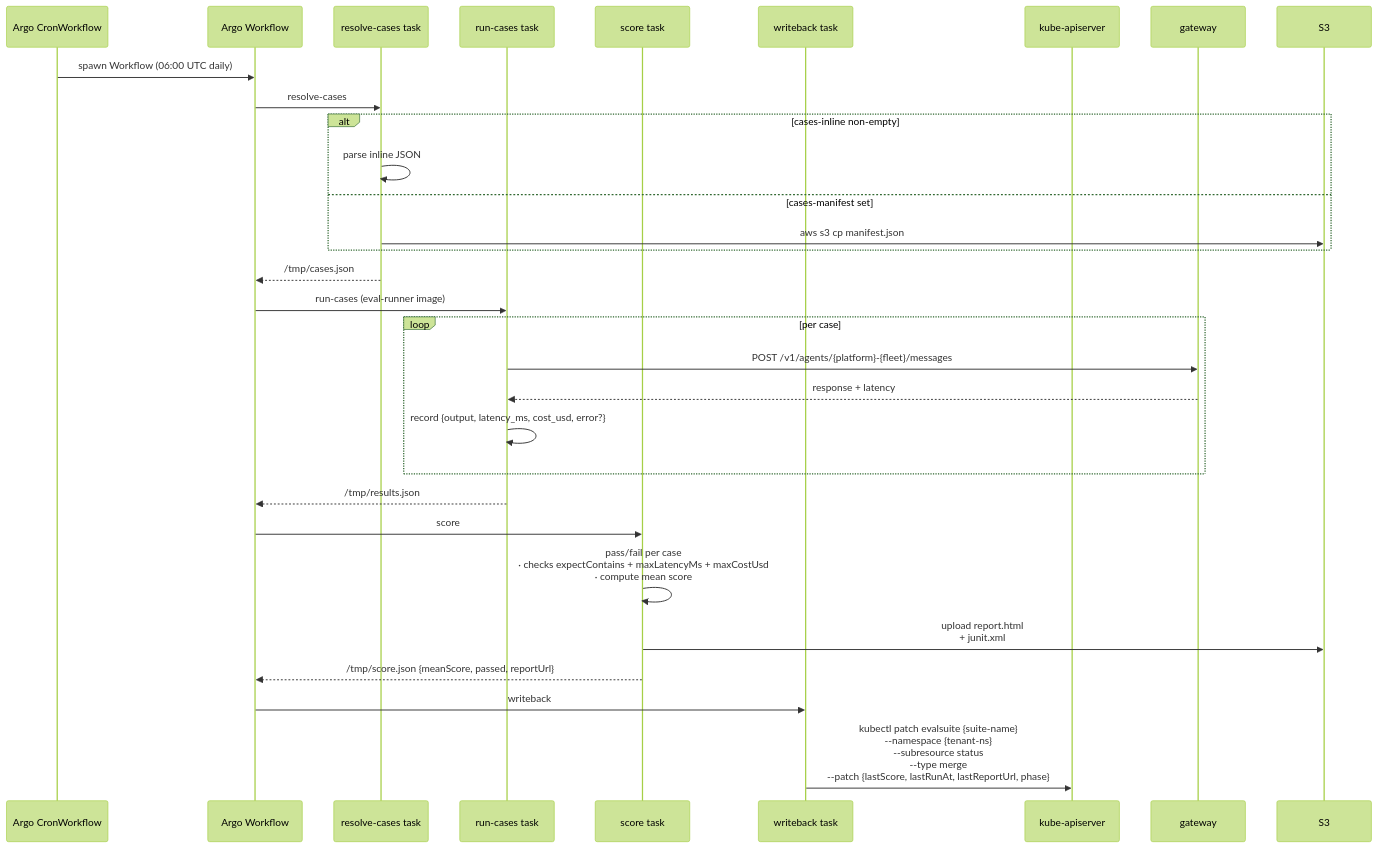
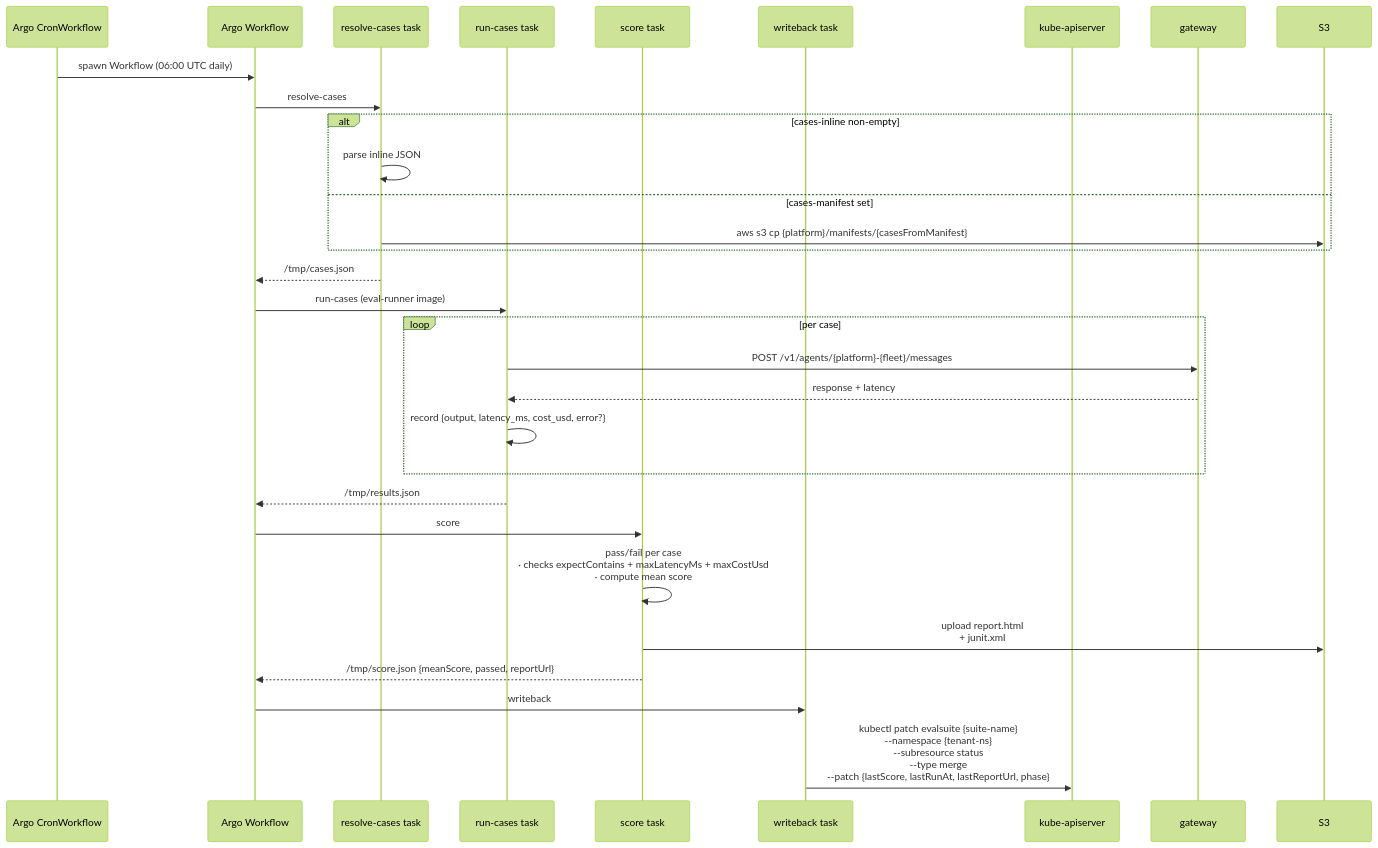
The second of 3 diagrams in docs/architecture/eval-gating-flow.md (nanohype/eks-agent-platform), drawn with Mermaid (forest theme) before and after one commit. The commit also changed 9 other files, not shown here.

````diff
--- a/docs/architecture/eval-gating-flow.md
+++ b/docs/architecture/eval-gating-flow.md
@@ -24,37 +24,37 @@
 ```mermaid
 sequenceDiagram
   participant Cron as Argo CronWorkflow
   participant WF as Argo Workflow
   participant RC as resolve-cases task
   participant RN as run-cases task
   participant Score as score task
   participant WB as writeback task
   participant K8s as kube-apiserver
   participant AGW as gateway
   participant S3
 
   Cron->>WF: spawn Workflow (06:00 UTC daily)
   WF->>RC: resolve-cases
   alt cases-inline non-empty
     RC->>RC: parse inline JSON
   else cases-manifest set
-    RC->>S3: aws s3 cp manifest.json
+    RC->>S3: aws s3 cp {platform}/manifests/{casesFromManifest}
   end
   RC-->>WF: /tmp/cases.json
 
   WF->>RN: run-cases (eval-runner image)
   loop per case
     RN->>AGW: POST /v1/agents/{platform}-{fleet}/messages
     AGW-->>RN: response + latency
     RN->>RN: record {output, latency_ms, cost_usd, error?}
   end
   RN-->>WF: /tmp/results.json
 
   WF->>Score: score
   Score->>Score: pass/fail per case<br/>· checks expectContains + maxLatencyMs + maxCostUsd<br/>· compute mean score
   Score->>S3: upload report.html<br/>+ junit.xml
   Score-->>WF: /tmp/score.json {meanScore, passed, reportUrl}
 
   WF->>WB: writeback
   WB->>K8s: kubectl patch evalsuite {suite-name}<br/>--namespace {tenant-ns}<br/>--subresource status<br/>--type merge<br/>--patch {lastScore, lastRunAt, lastReportUrl, phase}
 ```
````
